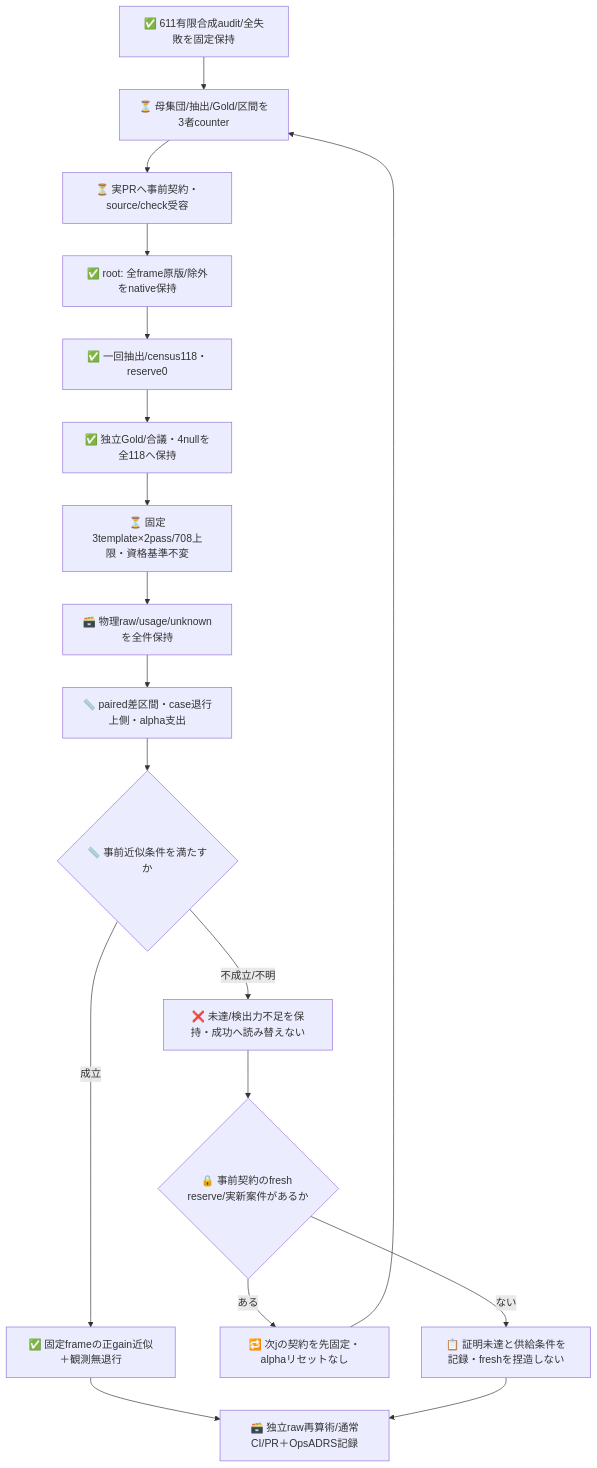
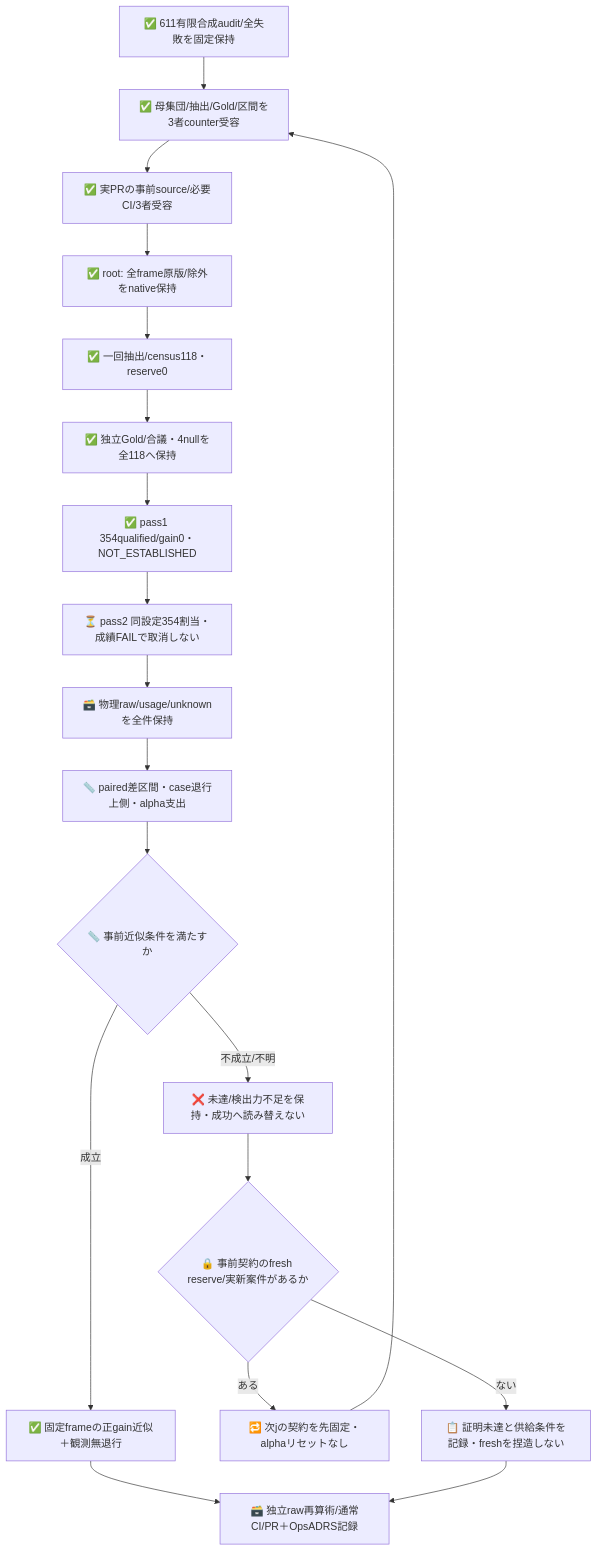
One commit to roccho-org/ops changed the second of 2 diagrams in experiments/sys1-eval-loop/real-cases/README.md. Above: the diagram before and after it, drawn with Mermaid. The commit also changed other lines of this file and 9 other files, not shown here.

````diff
--- a/experiments/sys1-eval-loop/real-cases/README.md
+++ b/experiments/sys1-eval-loop/real-cases/README.md
@@ -73,20 +73,21 @@
 ```mermaid
 flowchart TB
-  OLD["✅ 611有限合成audit/全失敗を固定保持"] --> DESIGN["⏳ 母集団/抽出/Gold/区間を3者counter"]
-  DESIGN --> PR["⏳ 実PRへ事前契約・source/check受容"]
+  OLD["✅ 611有限合成audit/全失敗を固定保持"] --> DESIGN["✅ 母集団/抽出/Gold/区間を3者counter受容"]
+  DESIGN --> PR["✅ 実PRの事前source/必要CI/3者受容"]
   PR --> FRAME["✅ root: 全frame原版/除外をnative保持"]
   FRAME --> SAMPLE["✅ 一回抽出/census118・reserve0"]
   SAMPLE --> GOLD["✅ 独立Gold/合議・4nullを全118へ保持"]
-  GOLD --> RUN["⏳ 固定3template×2pass/708上限・資格基準不変"]
+  GOLD --> P1["✅ pass1 354qualified/gain0・NOT_ESTABLISHED"]
+  P1 --> RUN["⏳ pass2 同設定354割当・成績FAILで取消しない"]
   RUN --> RAW["🗃️ 物理raw/usage/unknownを全件保持"]
   RAW --> EST["📏 paired差区間・case退行上側・alpha支出"]
   EST --> DECIDE{"📏 事前近似条件を満たすか"}
   DECIDE -->|成立| OK["✅ 固定frameの正gain近似＋観測無退行"]
   DECIDE -->|不成立/不明| NO["❌ 未達/検出力不足を保持・成功へ読み替えない"]
   NO --> NEXT{"🔒 事前契約のfresh reserve/実新案件があるか"}
   NEXT -->|ある| LOOP["🔁 次jの契約を先固定・alphaリセットなし"]
   LOOP --> DESIGN
   NEXT -->|ない| WAIT["📋 証明未達と供給条件を記録・freshを捏造しない"]
   OK --> END["🗃️ 独立raw再算術/通常CI/PR＋OpsADRS記録"]
   WAIT --> END
 ```
````
